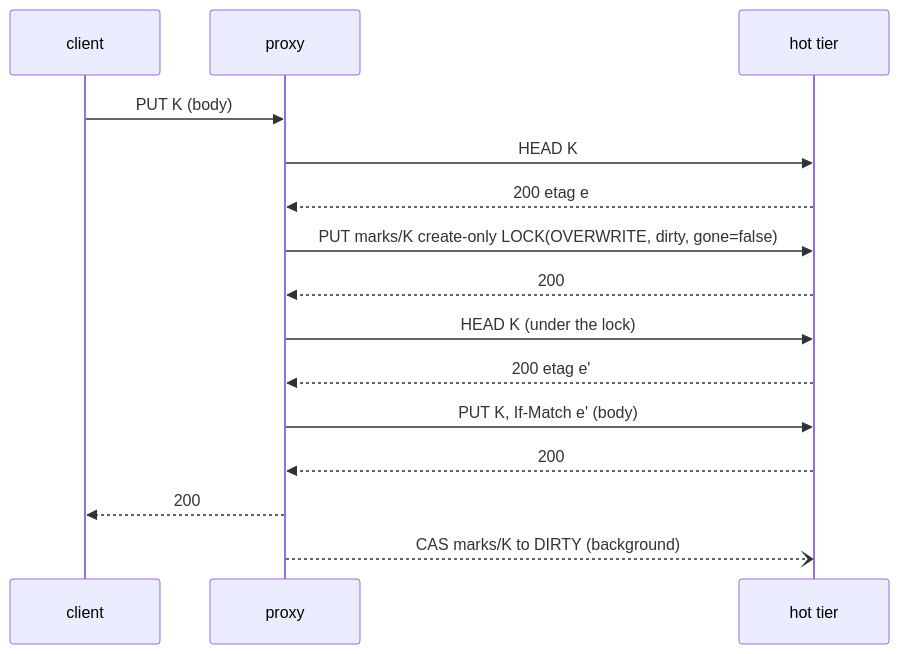
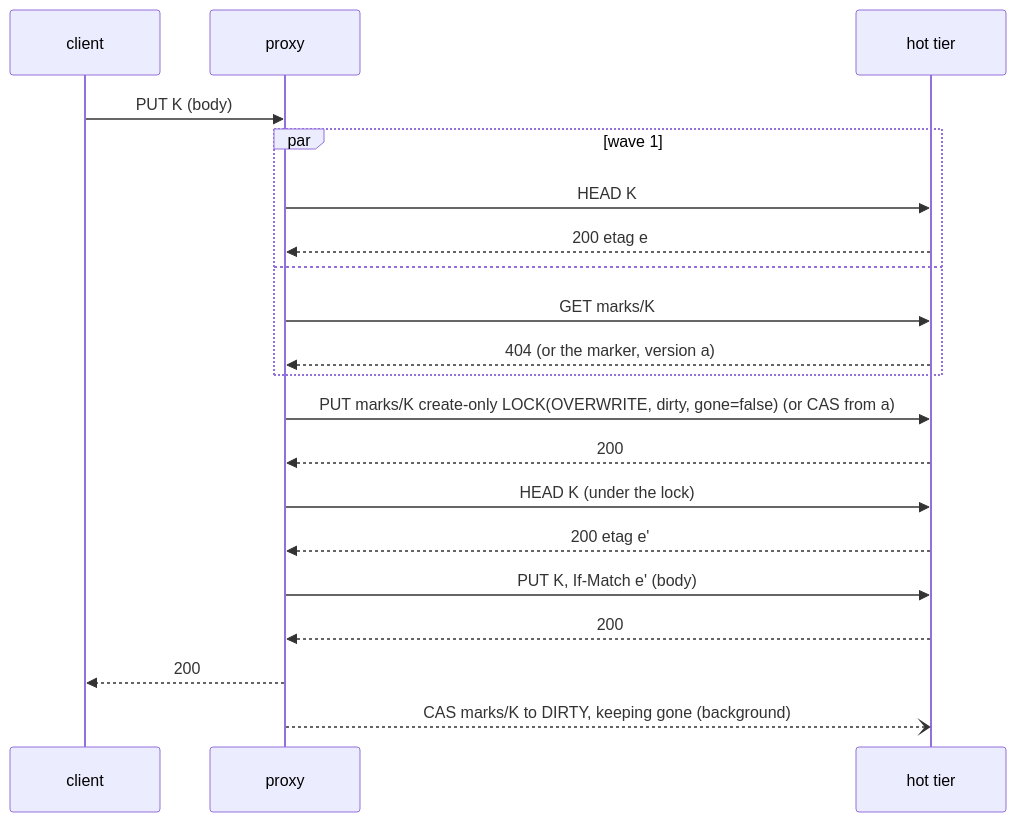
Before and after one commit to komira-ai/tierstore: the second of 5 diagrams in docs/design/put-without-lock.md, drawn with Mermaid. The commit also changed other lines of this file, not shown here.

````diff
--- a/docs/design/put-without-lock.md
+++ b/docs/design/put-without-lock.md
@@ -209,17 +236,22 @@
 ```mermaid
 sequenceDiagram
     participant C as client
     participant P as proxy
     participant H as hot tier
     C->>P: PUT K (body)
-    P->>H: HEAD K
-    H-->>P: 200 etag e
-    P->>H: PUT marks/K create-only LOCK(OVERWRITE, dirty, gone=false)
+    par wave 1
+        P->>H: HEAD K
+        H-->>P: 200 etag e
+    and
+        P->>H: GET marks/K
+        H-->>P: 404 (or the marker, version a)
+    end
+    P->>H: PUT marks/K create-only LOCK(OVERWRITE, dirty, gone=false) (or CAS from a)
     H-->>P: 200
     P->>H: HEAD K (under the lock)
     H-->>P: 200 etag e'
     P->>H: PUT K, If-Match e' (body)
     H-->>P: 200
     P-->>C: 200
-    P--)H: CAS marks/K to DIRTY (background)
+    P--)H: CAS marks/K to DIRTY, keeping gone (background)
 ```
````
